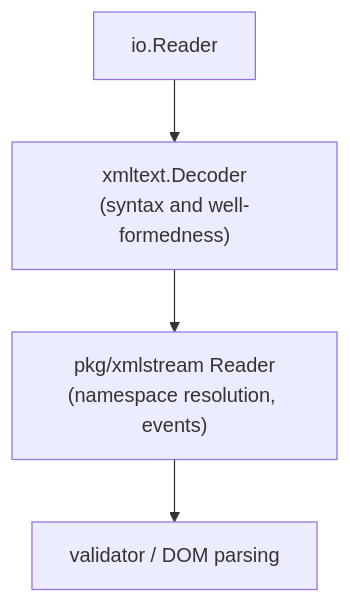
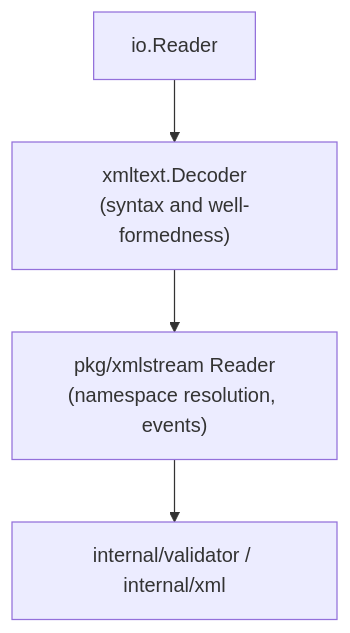
The diagram in docs/xmltext-architecture.md (jacoelho/xsd), drawn with Mermaid before and after one commit. The commit also changed other lines of this file and 285 other files, not shown here.

First line of the commit message:
refactor: runtime schema build and validation engine (#40)

````diff
--- a/docs/xmltext-architecture.md
+++ b/docs/xmltext-architecture.md
@@ -9,4 +9,4 @@
 ```mermaid
 flowchart TD
-  Reader["io.Reader"] --> Decoder["xmltext.Decoder<br/>(syntax and well-formedness)"] --> Stream["pkg/xmlstream Reader<br/>(namespace resolution, events)"] --> Higher["validator / DOM parsing"]
+  Reader["io.Reader"] --> Decoder["xmltext.Decoder<br/>(syntax and well-formedness)"] --> Stream["pkg/xmlstream Reader<br/>(namespace resolution, events)"] --> Higher["internal/validator / internal/xml"]
 ```
````
